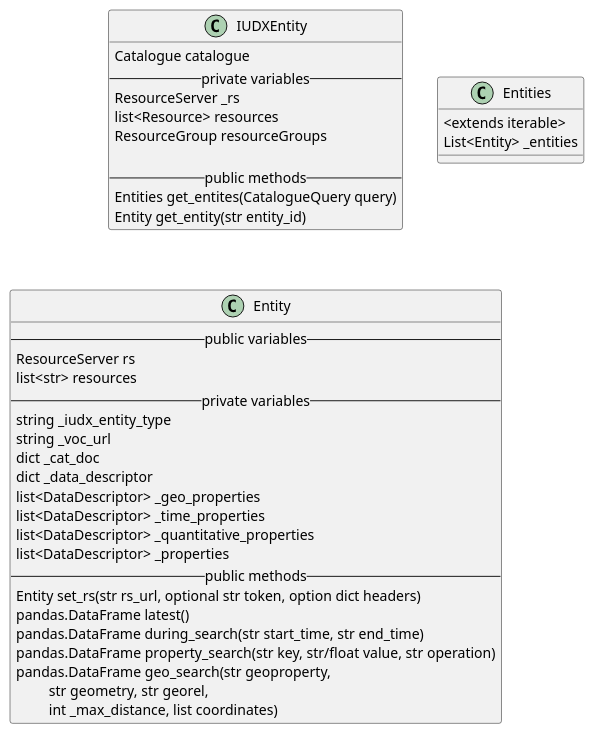
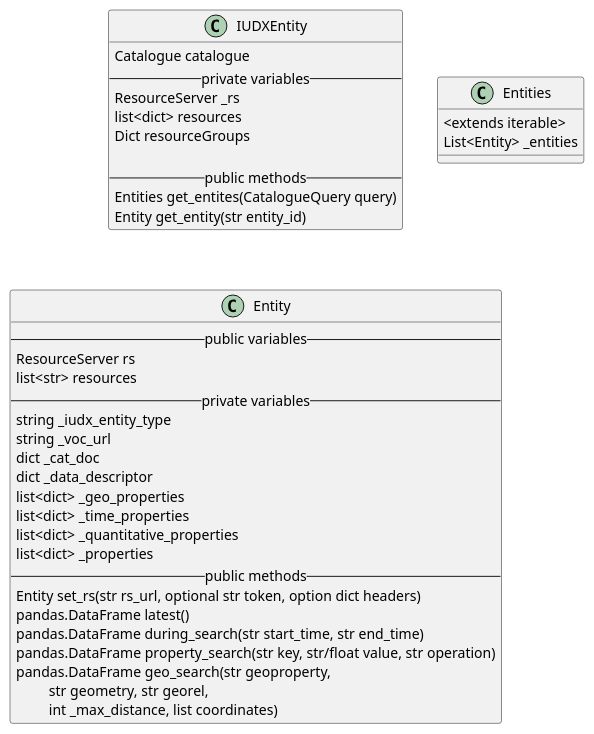
The diagram in docs/diagrams/IUDXEntity.puml (datakaveri/iudx-python-sdk), drawn with PlantUML before and after one commit. The commit also changed 3 other files, not shown here.

```diff
--- a/docs/diagrams/IUDXEntity.puml
+++ b/docs/diagrams/IUDXEntity.puml
@@ -1,43 +1,43 @@
 @startuml
 class IUDXEntity  {
   Catalogue catalogue
   -- private variables --
   ResourceServer _rs
-  list<Resource> resources
-  ResourceGroup resourceGroups
+  list<dict> resources
+  Dict resourceGroups
 
   -- public methods --
   Entities get_entites(CatalogueQuery query)
   Entity get_entity(str entity_id)
 }
 
 
 class Entities {
     <extends iterable>
     List<Entity> _entities
 }
 
 
 class Entity {
     -- public variables --
     ResourceServer rs
     list<str> resources
     -- private variables --
     string _iudx_entity_type
     string _voc_url
     dict _cat_doc
     dict _data_descriptor
-    list<DataDescriptor> _geo_properties
-    list<DataDescriptor> _time_properties
-    list<DataDescriptor> _quantitative_properties
-    list<DataDescriptor> _properties
+    list<dict> _geo_properties
+    list<dict> _time_properties
+    list<dict> _quantitative_properties
+    list<dict> _properties
     -- public methods --
     Entity set_rs(str rs_url, optional str token, option dict headers)
     pandas.DataFrame latest()
     pandas.DataFrame during_search(str start_time, str end_time)
     pandas.DataFrame property_search(str key, str/float value, str operation)
     pandas.DataFrame geo_search(str geoproperty,
         \t str geometry, str georel, 
         \t int _max_distance, list coordinates)
 }
 @enduml
```
